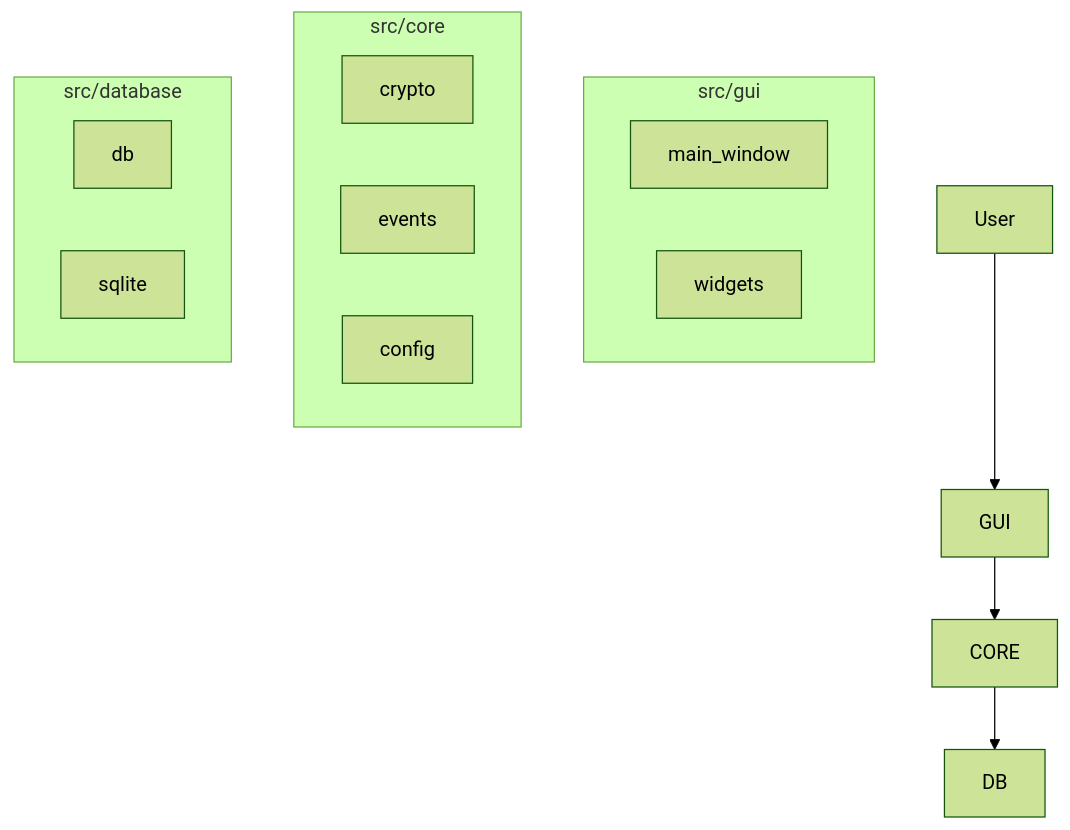
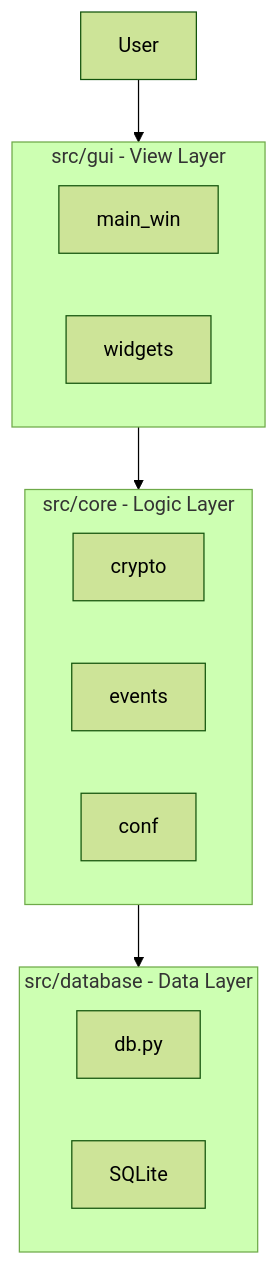
One commit to leral00/CryptoSafe-Manager changed the diagram in README.md. Above: the diagram before and after it, drawn with Mermaid (forest theme).

````diff
--- a/README.md
+++ b/README.md
@@ -67,22 +66,24 @@
 ```mermaid
 flowchart TD
     User --> GUI
+
+    subgraph GUI["src/gui - View Layer"]
+        main_win["main_win"]
+        widgets["widgets"]
+    end
+
     GUI --> CORE
+
+    subgraph CORE["src/core - Logic Layer"]
+        crypto["crypto"]
+        events["events"]
+        conf["conf"]
+    end
+
     CORE --> DB
 
-    subgraph "src/gui"
-        main_window
-        widgets
-    end
-
-    subgraph "src/core"
-        crypto
-        events
-        config
-    end
-
-    subgraph "src/database"
-        db
-        sqlite
+    subgraph DB["src/database - Data Layer"]
+        db_py["db.py"]
+        sqlite["SQLite"]
     end
 ```
````
